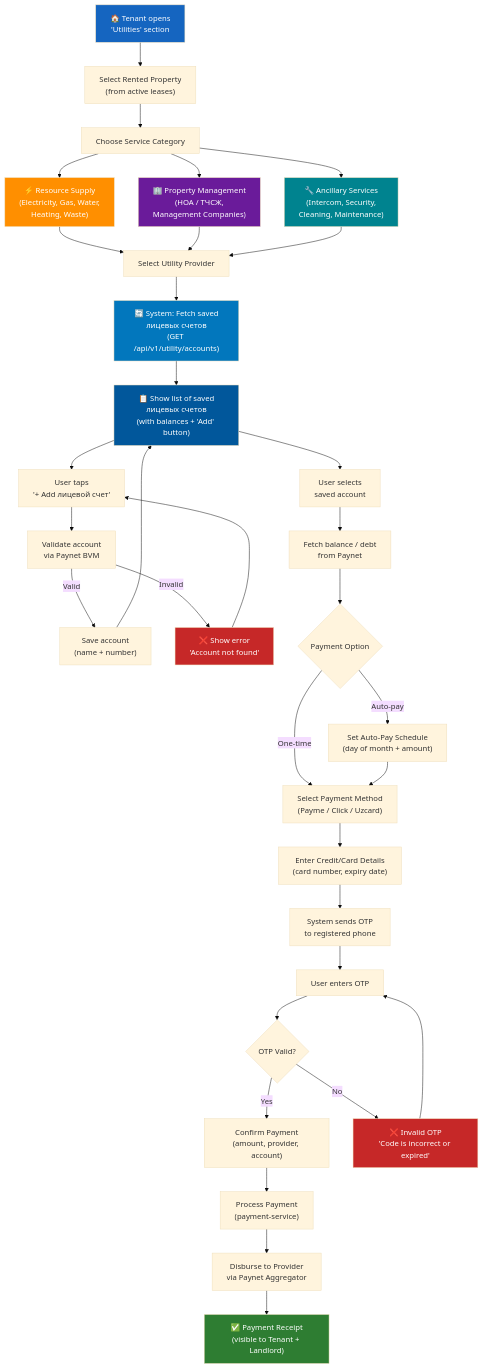
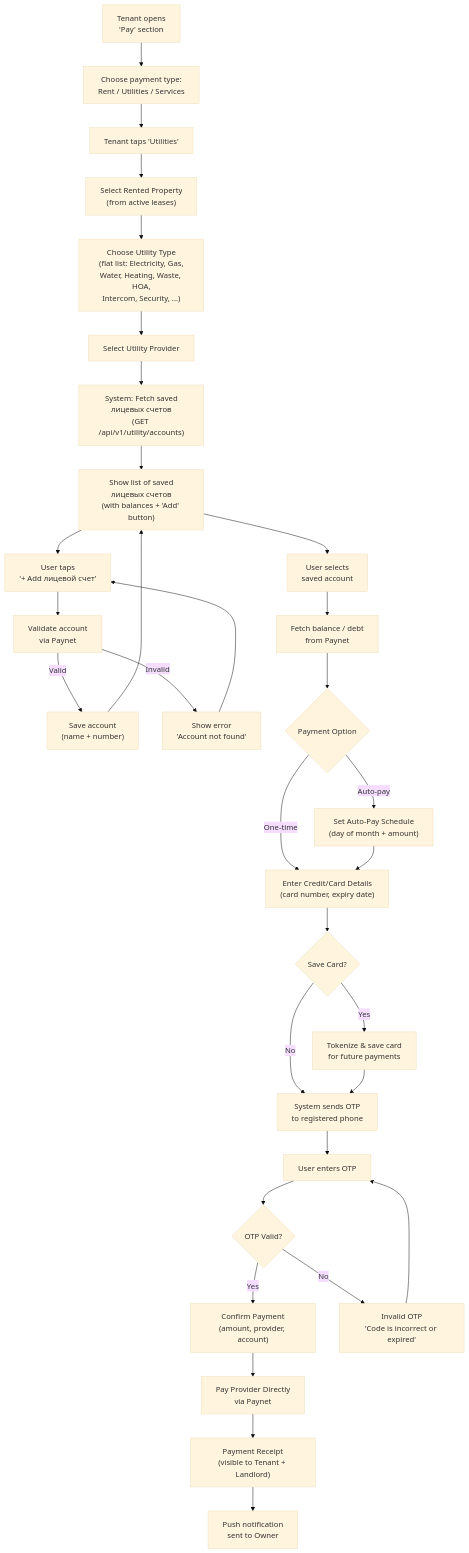
Before and after one commit to saodatm-dev/Utilities---Informational-Architecture: the first of 14 diagrams in utilities-payment-userflow.md, drawn with Mermaid (base theme). The commit also changed other lines of this file and 12 other files, not shown here.

Commit message:
docs: Remove outdated informational architecture documents, update payment userflow, and add new images.

````diff
--- a/utilities-payment-userflow.md
+++ b/utilities-payment-userflow.md
@@ -27,59 +28,53 @@
 ```mermaid
 flowchart TD
-    START["🏠 Tenant opens<br/>'Utilities' section"] --> SELECT_PROP["Select Rented Property<br/>(from active leases)"]
+    START["Tenant opens<br/>'Pay' section"] --> PAY_MENU["Choose payment type:<br/>Rent / Utilities / Services"]
 
-    SELECT_PROP --> TABS["Choose Service Category"]
+    PAY_MENU --> UTILITIES["Tenant taps 'Utilities'"]
 
-    TABS --> TAB1["⚡ Resource Supply<br/>(Electricity, Gas, Water,<br/>Heating, Waste)"]
-    TABS --> TAB2["🏢 Property Management<br/>(HOA / ТЧСЖ,<br/>Management Companies)"]
-    TABS --> TAB3["🔧 Ancillary Services<br/>(Intercom, Security,<br/>Cleaning, Maintenance)"]
+    UTILITIES --> SELECT_PROP["Select Rented Property<br/>(from active leases)"]
 
-    TAB1 --> PROVIDER["Select Utility Provider"]
-    TAB2 --> PROVIDER
-    TAB3 --> PROVIDER
+    SELECT_PROP --> UTIL_TYPE["Choose Utility Type<br/>(flat list: Electricity, Gas,<br/>Water, Heating, Waste, HOA,<br/>Intercom, Security, ...)"]
 
-    PROVIDER --> FETCH_ACCOUNTS["🔄 System: Fetch saved<br/>лицевых счетов<br/>(GET /api/v1/utility/accounts)"]
+    UTIL_TYPE --> PROVIDER["Select Utility Provider"]
 
-    FETCH_ACCOUNTS --> LIST_SCREEN["📋 Show list of saved<br/>лицевых счетов<br/>(with balances + 'Add' button)"]
+    PROVIDER --> FETCH_ACCOUNTS["System: Fetch saved<br/>лицевых счетов<br/>(GET /api/v1/utility/accounts)"]
+
+    FETCH_ACCOUNTS --> LIST_SCREEN["Show list of saved<br/>лицевых счетов<br/>(with balances + 'Add' button)"]
 
     LIST_SCREEN --> SELECT_SAVED["User selects<br/>saved account"]
     LIST_SCREEN --> ADD["User taps<br/>'+ Add лицевой счет'"]
 
-    ADD --> VALIDATE["Validate account<br/>via Paynet BVM"]
+    ADD --> VALIDATE["Validate account<br/>via Paynet"]
     VALIDATE -->|"Valid"| SAVE["Save account<br/>(name + number)"]
-    VALIDATE -->|"Invalid"| ERROR["❌ Show error<br/>'Account not found'"]
+    VALIDATE -->|"Invalid"| ERROR["Show error<br/>'Account not found'"]
     ERROR --> ADD
 
     SAVE --> LIST_SCREEN
     SELECT_SAVED --> AMOUNT["Fetch balance / debt<br/>from Paynet"]
 
     AMOUNT --> PAY_OPTS{"Payment Option"}
-    PAY_OPTS -->|"One-time"| SELECT_METHOD["Select Payment Method<br/>(Payme / Click / Uzcard)"]
+    PAY_OPTS -->|"One-time"| CARD_DETAILS
     PAY_OPTS -->|"Auto-pay"| SCHEDULE["Set Auto-Pay Schedule<br/>(day of month + amount)"]
 
-    SCHEDULE --> SELECT_METHOD
-    SELECT_METHOD --> CARD_DETAILS["Enter Credit/Card Details<br/>(card number, expiry date)"]
+    SCHEDULE --> CARD_DETAILS
+    CARD_DETAILS["Enter Credit/Card Details<br/>(card number, expiry date)"]
 
-    CARD_DETAILS --> SEND_OTP["System sends OTP<br/>to registered phone"]
+    CARD_DETAILS --> SAVE_CARD{"Save Card?"}
+    SAVE_CARD -->|"Yes"| TOKENIZE["Tokenize & save card<br/>for future payments"]
+    SAVE_CARD -->|"No"| SEND_OTP
+    TOKENIZE --> SEND_OTP
+
+    SEND_OTP["System sends OTP<br/>to registered phone"]
     SEND_OTP --> ENTER_OTP["User enters OTP"]
     ENTER_OTP --> OTP_CHECK{"OTP Valid?"}
 
     OTP_CHECK -->|"Yes"| CONFIRM["Confirm Payment<br/>(amount, provider, account)"]
-    OTP_CHECK -->|"No"| OTP_ERROR["❌ Invalid OTP<br/>'Code is incorrect or expired'"]
+    OTP_CHECK -->|"No"| OTP_ERROR["Invalid OTP<br/>'Code is incorrect or expired'"]
     OTP_ERROR --> ENTER_OTP
 
-    CONFIRM --> PROCESS["Process Payment<br/>(payment-service)"]
-    PROCESS --> PAYNET["Disburse to Provider<br/>via Paynet Aggregator"]
+    CONFIRM --> PAYNET["Pay Provider Directly<br/>via Paynet"]
 
-    PAYNET --> RECEIPT["✅ Payment Receipt<br/>(visible to Tenant + Landlord)"]
+    PAYNET --> RECEIPT["Payment Receipt<br/>(visible to Tenant + Landlord)"]
+    RECEIPT --> NOTIFY_OWNER["Push notification<br/>sent to Owner"]
 
-    style START fill:#1565C0,color:#fff
-    style RECEIPT fill:#2E7D32,color:#fff
-    style ERROR fill:#C62828,color:#fff
-    style OTP_ERROR fill:#C62828,color:#fff
-    style TAB1 fill:#FF8F00,color:#fff
-    style TAB2 fill:#6A1B9A,color:#fff
-    style TAB3 fill:#00838F,color:#fff
-    style FETCH_ACCOUNTS fill:#0277BD,color:#fff
-    style LIST_SCREEN fill:#01579B,color:#fff
 ```
````
